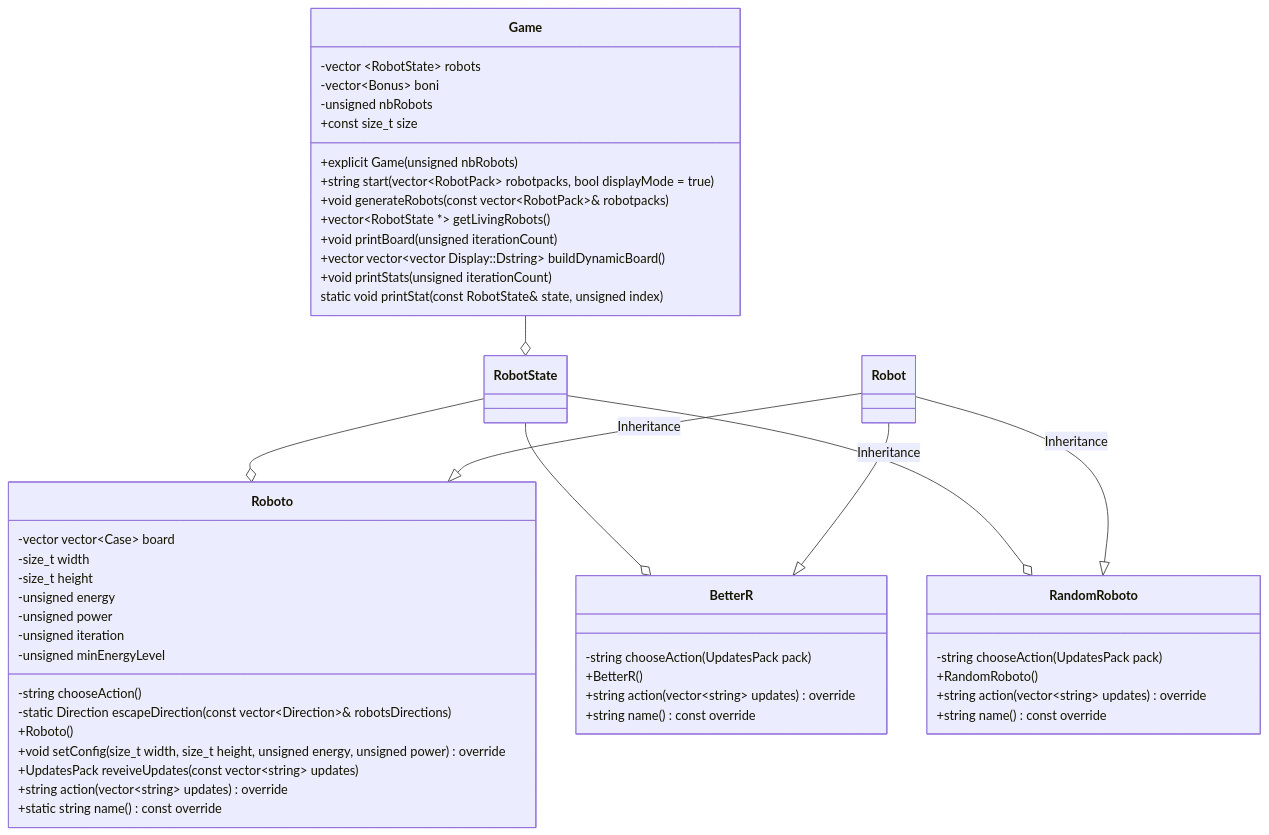
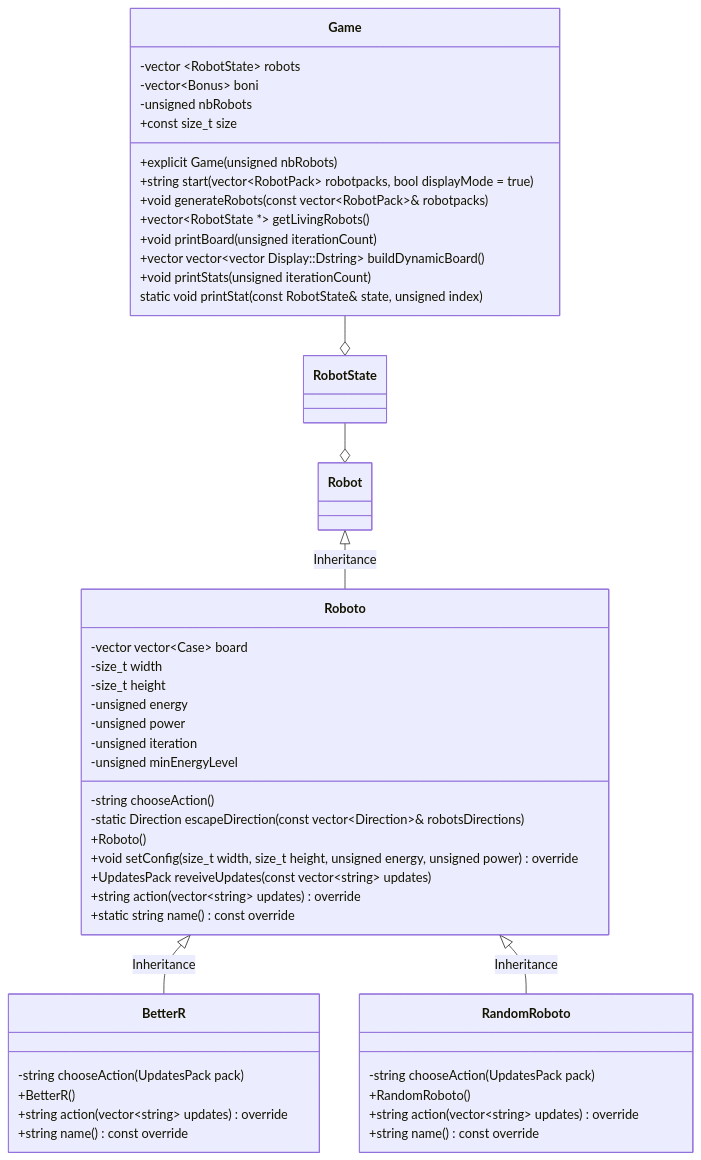
The diagram in README.md (HEIGVD-PRG1-F-2022/lab06-lastrobotstanding-roboto), drawn with Mermaid before and after one commit. The commit also changed other lines of this file, not shown here.

Commit message:
A few fixes on the class diagram

````diff
--- a/README.md
+++ b/README.md
@@ -23,53 +25,51 @@
 ```mermaid
 classDiagram
 	direction TB
-	RobotState --o Roboto
-	RobotState --o BetterR
-	RobotState --o RandomRoboto
+	RobotState --o Robot
 	Game --o RobotState
-	Robot --|> Roboto : Inheritance
-	Robot --|> BetterR : Inheritance
-	Robot --|> RandomRoboto : Inheritance
+	Robot <|-- Roboto : Inheritance
+	Roboto <|-- BetterR : Inheritance
+	Roboto <|-- RandomRoboto : Inheritance
 	class Roboto {
 		-vector vector~Case~ board
 		-size_t width
 		-size_t height
 		-unsigned energy
 		-unsigned power
 		-unsigned iteration
 		-unsigned minEnergyLevel
 		-string chooseAction()
 		-static Direction escapeDirection(const vector~Direction~& robotsDirections)
 		+Roboto()
 		+void setConfig(size_t width, size_t height, unsigned energy, unsigned power) override
 		+UpdatesPack reveiveUpdates(const vector~string~ updates)
 		+string action(vector~string~ updates) override
 		+static string name() const override
 	}
 	class BetterR {
 	    -string chooseAction(UpdatesPack pack)
 	    +BetterR()
 	    +string action(vector~string~ updates) override
 	    +string name() const override
 	}
 	class RandomRoboto {
 	    -string chooseAction(UpdatesPack pack)
 	    +RandomRoboto()
 	    +string action(vector~string~ updates) override
 	    +string name() const override
 	}
 	class Game {
 		-vector ~RobotState~ robots
 		-vector~Bonus~ boni
 		-unsigned nbRobots
 		+const size_t size
 		+explicit Game(unsigned nbRobots)
 		+string start(vector~RobotPack~ robotpacks, bool displayMode = true)
 		+void generateRobots(const vector~RobotPack~& robotpacks)
 		+vector~RobotState *~ getLivingRobots()
 		+void printBoard(unsigned iterationCount)
 		+vector vector~vector Display::Dstring~ buildDynamicBoard()
 		+void printStats(unsigned iterationCount)
 		static void printStat(const RobotState& state, unsigned index)
 	}
 ```
````
